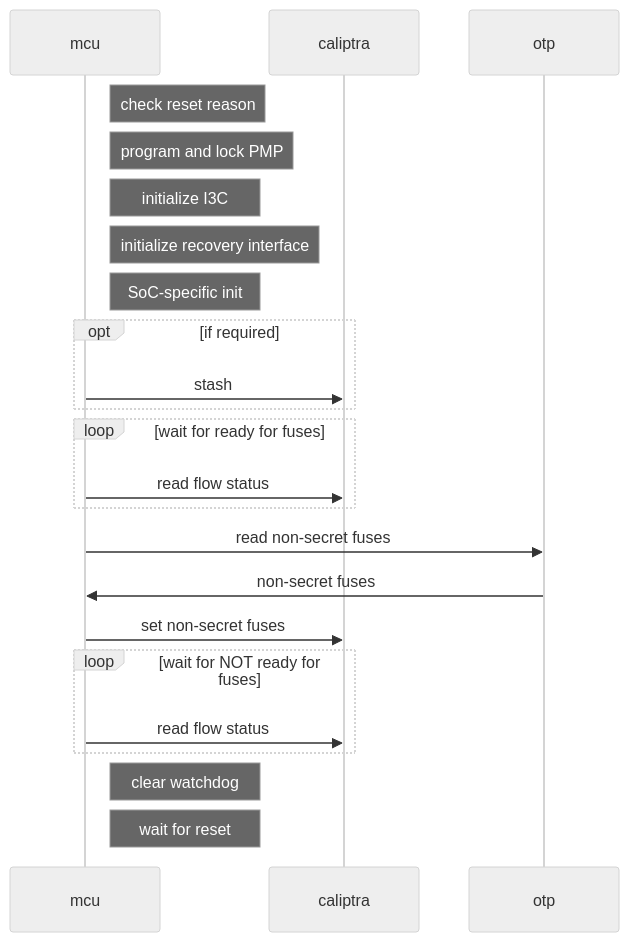
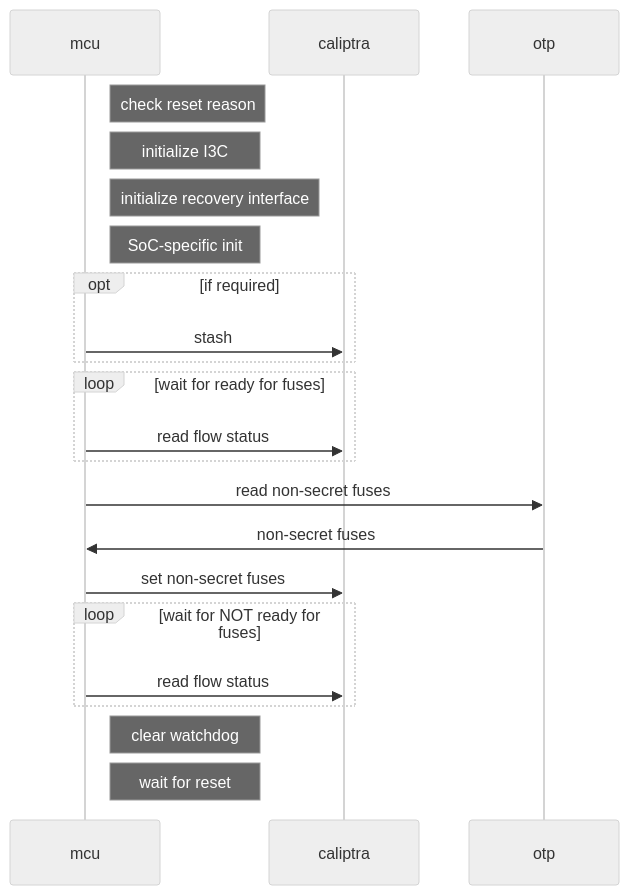
One commit to zhalvorsen/caliptra-mcu-sw changed the first of 4 diagrams in docs/src/rom.md. Above: the diagram before and after it, drawn with Mermaid (neutral theme). The commit also changed other lines of this file, not shown here.

````diff
--- a/docs/src/rom.md
+++ b/docs/src/rom.md
@@ -51,22 +50,21 @@
 ```mermaid
 sequenceDiagram
     note right of mcu: check reset reason
-    note right of mcu: program and lock PMP
     note right of mcu: initialize I3C
     note right of mcu: initialize recovery interface
     note right of mcu: SoC-specific init
     opt if required
         mcu->>caliptra: stash
     end
     loop wait for ready for fuses
     mcu->>caliptra: read flow status
     end
     mcu->>otp: read non-secret fuses
     otp->>mcu: non-secret fuses
     mcu->>caliptra: set non-secret fuses
     loop wait for NOT ready for fuses
     mcu->>caliptra: read flow status
     end
     note right of mcu: clear watchdog
     note right of mcu: wait for reset
 ```
````
